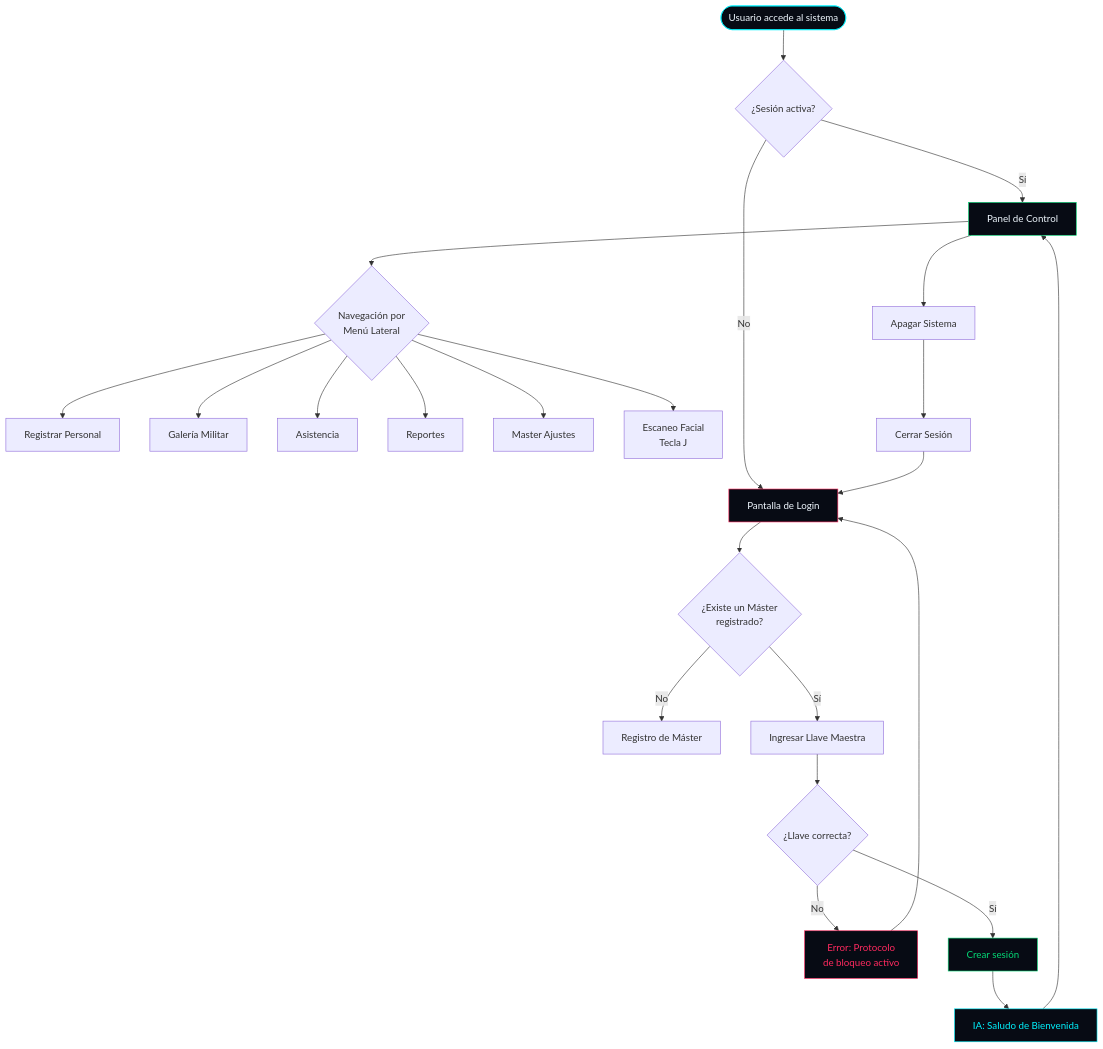
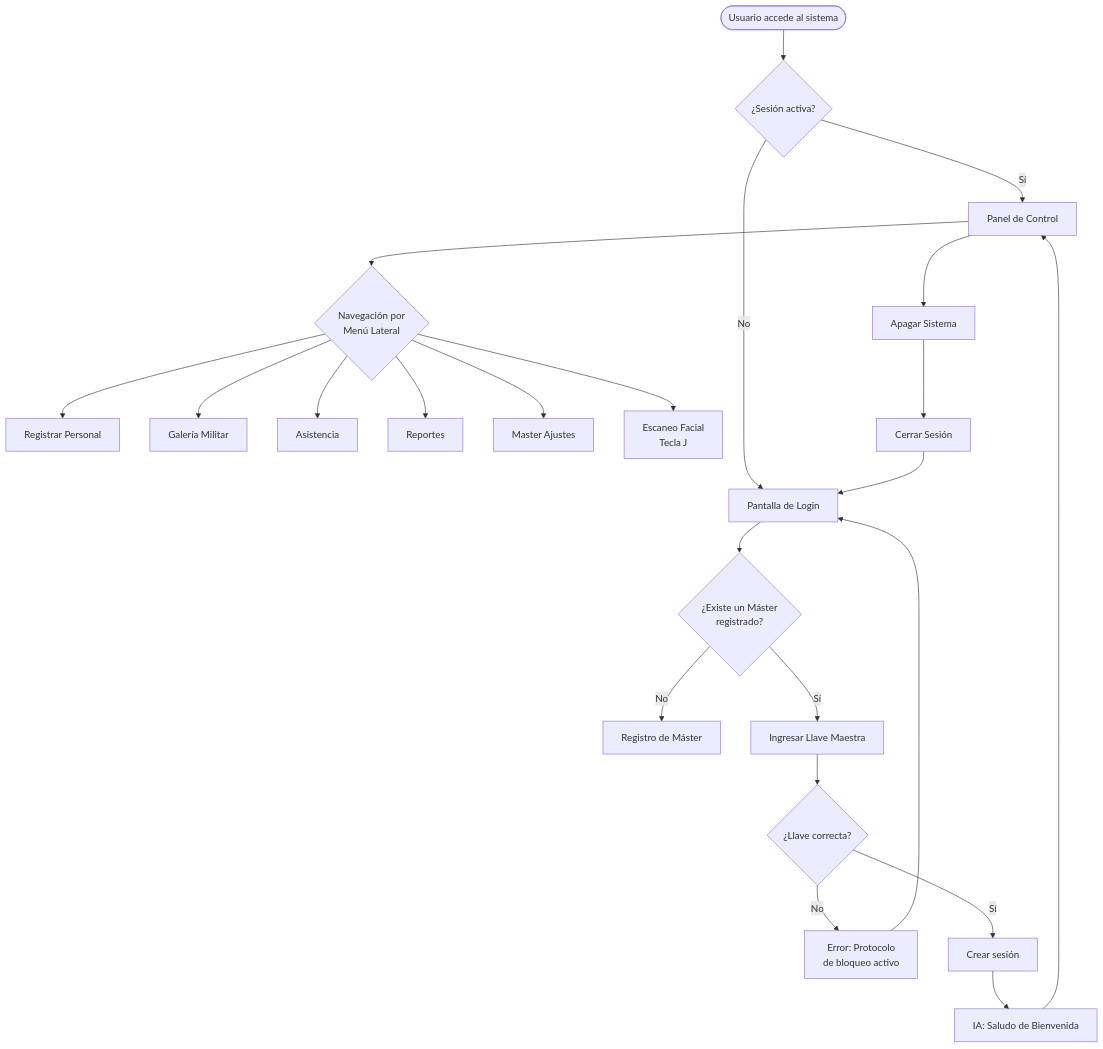
Before and after one commit to rossellcristinacobis2004-cloud/MILFACE: the fourth of 9 diagrams in README.md, drawn with Mermaid. The commit also changed other lines of this file, not shown here.

First line of the commit message:
Clean up flowchart styles in README.md

````diff
--- a/README.md
+++ b/README.md
@@ -269,36 +268,29 @@
 ```mermaid
 flowchart TD
     A([ Usuario accede al sistema]) --> B{¿Sesión activa?}
     B -- Sí --> F[ Panel de Control]
     B -- No --> C[ Pantalla de Login]
 
     C --> D{¿Existe un Máster<br/>registrado?}
     D -- No --> E[ Registro de Máster]
     D -- Sí --> G[ Ingresar Llave Maestra]
 
     G --> H{¿Llave correcta?}
     H -- No --> I[ Error: Protocolo<br/>de bloqueo activo]
     I --> C
     H -- Sí --> J[ Crear sesión]
     J --> K[ IA: Saludo de Bienvenida]
     K --> F
 
     F --> L{Navegación por<br/>Menú Lateral}
     L --> M[ Registrar Personal]
     L --> N[ Galería Militar]
     L --> O[ Asistencia]
     L --> P[ Reportes]
     L --> Q[ Master Ajustes]
     L --> R[ Escaneo Facial<br/>Tecla J]
 
     F --> S[ Apagar Sistema]
     S --> T[ Cerrar Sesión]
     T --> C
-
-    style A fill:#070b14,stroke:#00f2fe,color:#f0f8ff
-    style C fill:#070b14,stroke:#ff2a5f,color:#f0f8ff
-    style F fill:#070b14,stroke:#04d976,color:#f0f8ff
-    style I fill:#070b14,stroke:#ff2a5f,color:#ff2a5f
-    style J fill:#070b14,stroke:#04d976,color:#04d976
-    style K fill:#070b14,stroke:#00f2fe,color:#00f2fe
 ```
````
